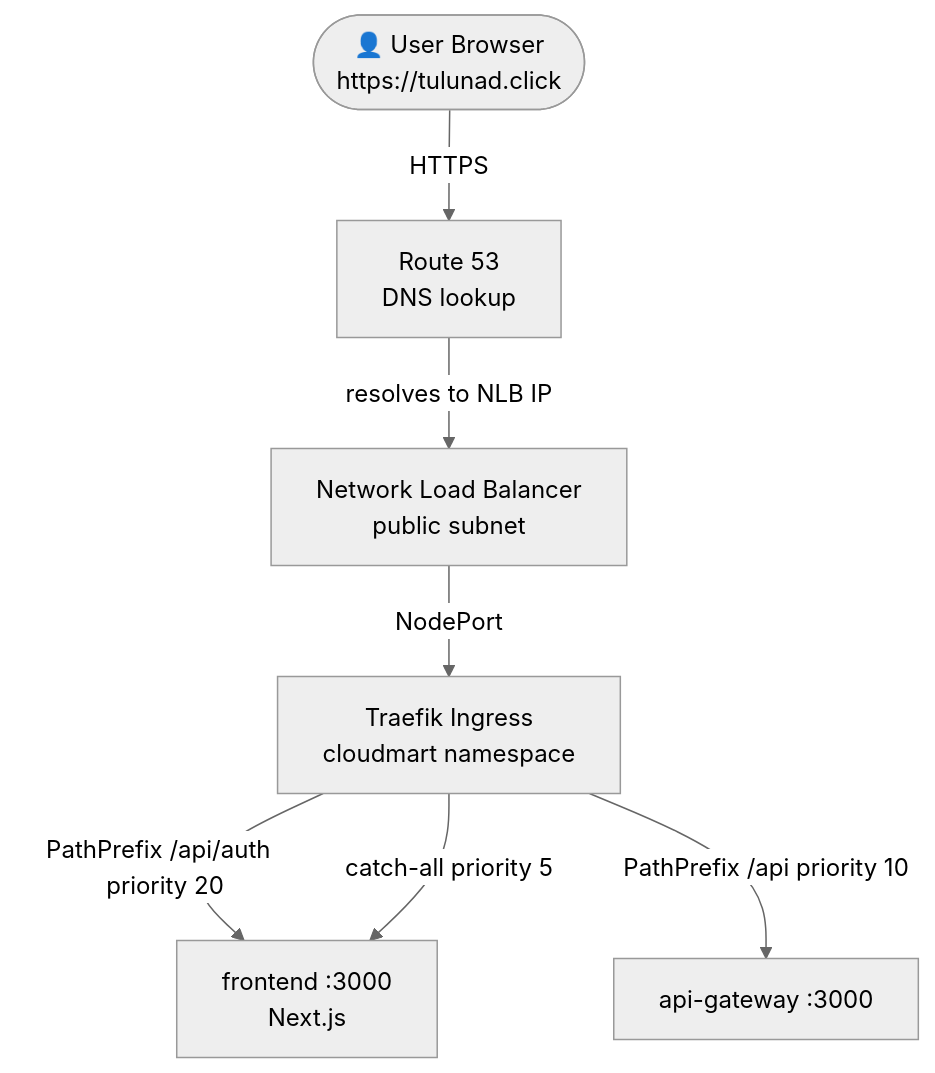
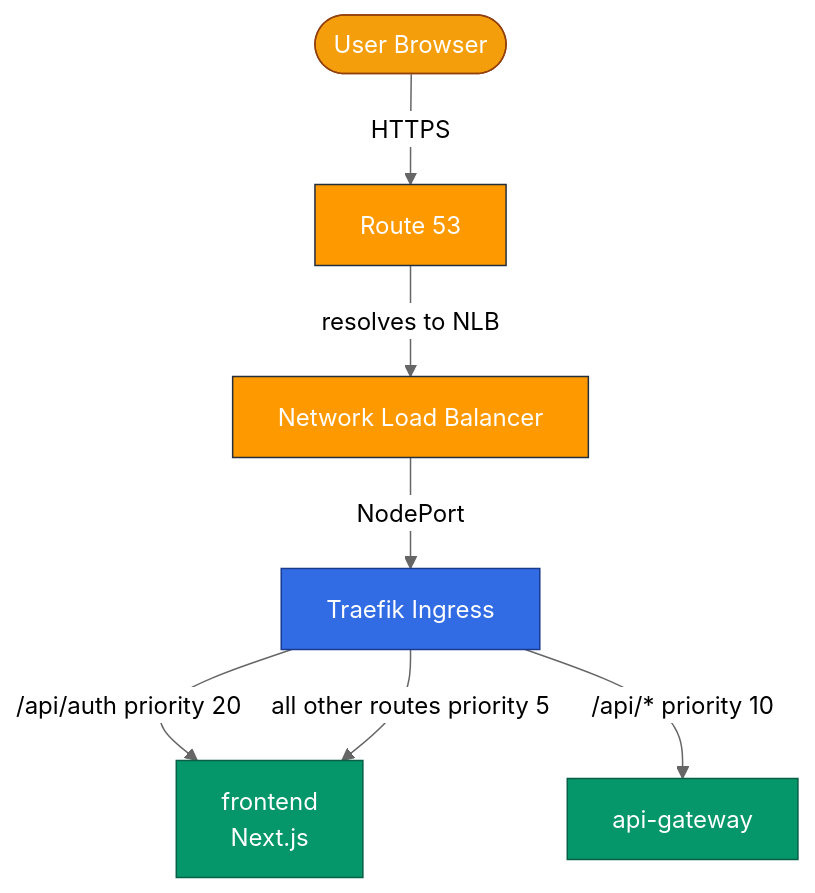
The second of 6 diagrams in README.md (Nidhi-S12/cloudmart-gitops), drawn with Mermaid (neutral theme) before and after one commit. The commit also changed other lines of this file, not shown here.

Commit message:
docs: colored Mermaid diagrams, remove instance types/IPs/ports/domain from diagrams

````diff
--- a/README.md
+++ b/README.md
@@ -86,17 +88,21 @@
 ```mermaid
 flowchart TD
-    User(["👤 User Browser\nhttps://tulunad.click"])
-    R53["Route 53\nDNS lookup"]
-    NLB["Network Load Balancer\npublic subnet"]
-    Traefik["Traefik Ingress\ncloudmart namespace"]
-    FE["frontend :3000\nNext.js"]
-    GW["api-gateway :3000"]
+    classDef aws fill:#FF9900,stroke:#232F3E,color:#fff
+    classDef k8s fill:#326CE5,stroke:#1a3a8f,color:#fff
+    classDef app fill:#059669,stroke:#065f46,color:#fff
+    classDef user fill:#F59E0B,stroke:#92400e,color:#fff
+
+    User(["User Browser"]):::user
+    R53["Route 53"]:::aws
+    NLB["Network Load Balancer"]:::aws
+    Traefik["Traefik Ingress"]:::k8s
+    FE["frontend\nNext.js"]:::app
+    GW["api-gateway"]:::app
 
     User -->|HTTPS| R53
-    R53 -->|resolves to NLB IP| NLB
+    R53 -->|resolves to NLB| NLB
     NLB -->|NodePort| Traefik
-
-    Traefik -->|"PathPrefix /api/auth  priority 20"| FE
-    Traefik -->|"PathPrefix /api  priority 10"| GW
-    Traefik -->|"catch-all  priority 5"| FE
+    Traefik -->|"/api/auth  priority 20"| FE
+    Traefik -->|"/api/*  priority 10"| GW
+    Traefik -->|"all other routes  priority 5"| FE
 ```
````
